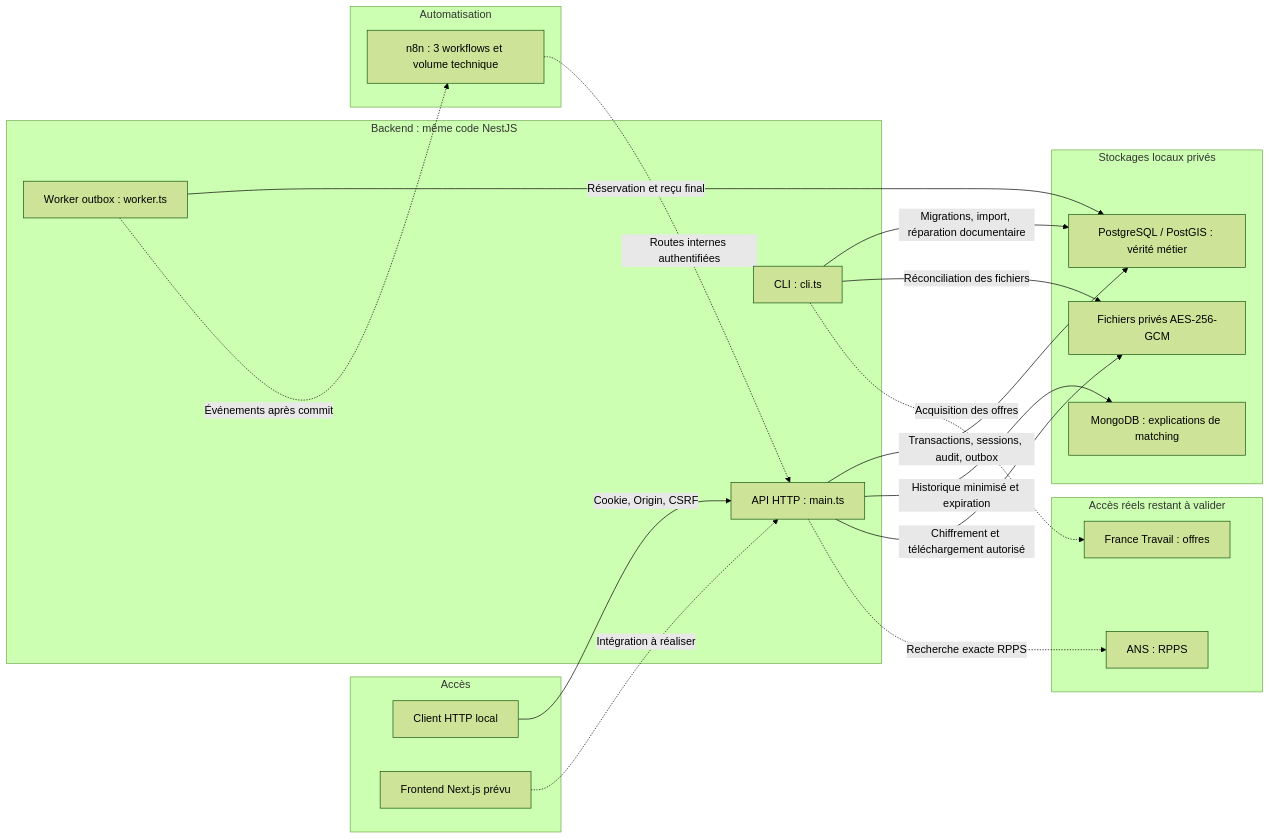
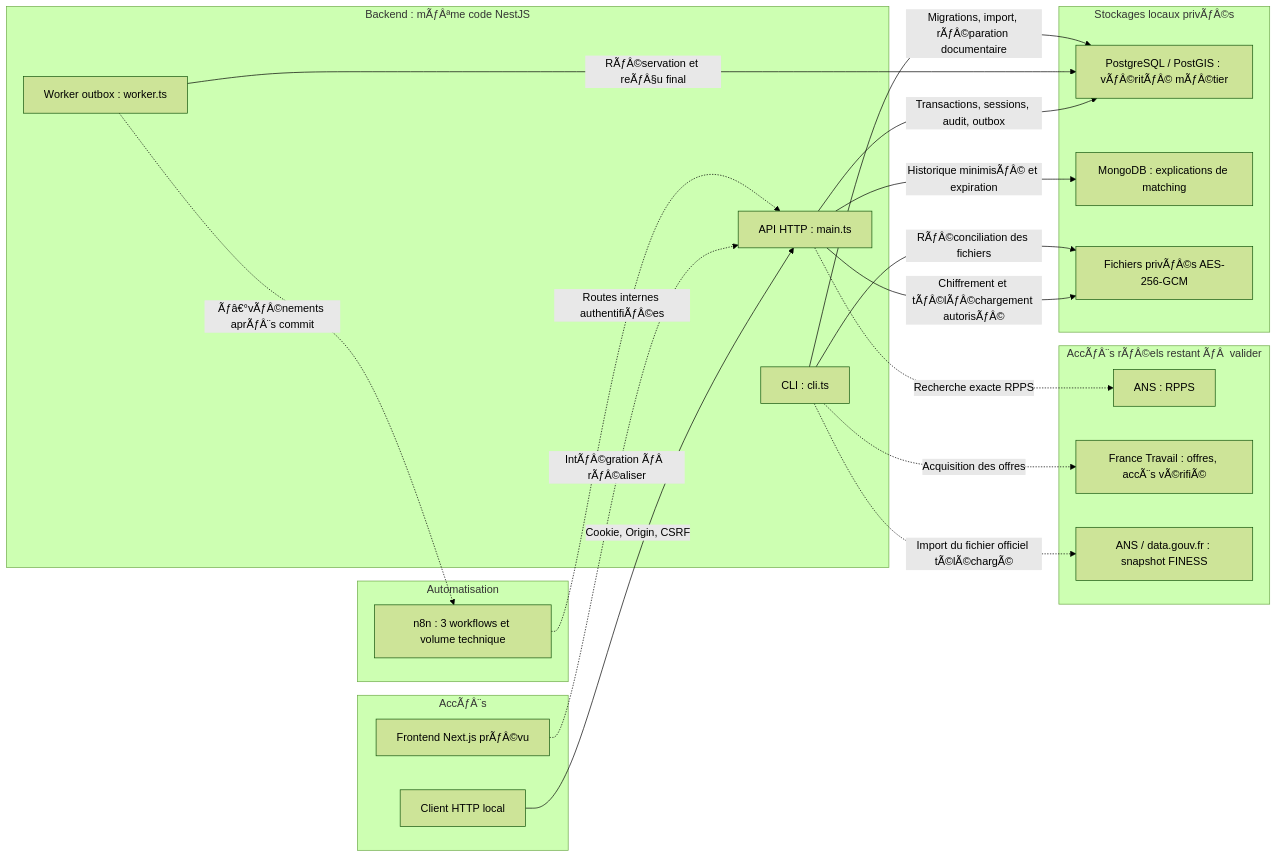
One commit to lebretyves/Backend_Interimatch changed the diagram in docs/SCHEMA_ARCHITECTURE_V1.md. Above: the diagram before and after it, drawn with Mermaid (forest theme). The commit also changed other lines of this file and 30 other files, not shown here.

Commit message:
feat: import official FINESS reference and verify live France Travail access

````diff
--- a/docs/SCHEMA_ARCHITECTURE_V1.md
+++ b/docs/SCHEMA_ARCHITECTURE_V1.md
@@ -5,36 +5,38 @@
 ```mermaid
 flowchart LR
-    subgraph client["Accès"]
+    subgraph client["AccÃƒÂ¨s"]
         caller["Client HTTP local"]
-        front["Frontend Next.js prévu"]
+        front["Frontend Next.js prÃƒÂ©vu"]
     end
-    subgraph service["Backend : même code NestJS"]
+    subgraph service["Backend : mÃƒÂªme code NestJS"]
         api["API HTTP : main.ts"]
         worker["Worker outbox : worker.ts"]
         cli["CLI : cli.ts"]
     end
-    subgraph datastore["Stockages locaux privés"]
-        sql["PostgreSQL / PostGIS : vérité métier"]
+    subgraph datastore["Stockages locaux privÃƒÂ©s"]
+        sql["PostgreSQL / PostGIS : vÃƒÂ©ritÃƒÂ© mÃƒÂ©tier"]
         mongo["MongoDB : explications de matching"]
-        files["Fichiers privés AES-256-GCM"]
+        files["Fichiers privÃƒÂ©s AES-256-GCM"]
     end
     subgraph async["Automatisation"]
         n8n["n8n : 3 workflows et volume technique"]
     end
-    subgraph external["Accès réels restant à valider"]
+    subgraph external["AccÃƒÂ¨s rÃƒÂ©els restant ÃƒÂ  valider"]
         ans["ANS : RPPS"]
-        ft["France Travail : offres"]
+        ft["France Travail : offres, accÃ¨s vÃ©rifiÃ©"]
+        finess["ANS / data.gouv.fr : snapshot FINESS"]
     end
     caller -->|"Cookie, Origin, CSRF"| api
-    front -.->|"Intégration à réaliser"| api
+    front -.->|"IntÃƒÂ©gration ÃƒÂ  rÃƒÂ©aliser"| api
     api -->|"Transactions, sessions, audit, outbox"| sql
-    api -->|"Historique minimisé et expiration"| mongo
-    api -->|"Chiffrement et téléchargement autorisé"| files
-    worker -->|"Réservation et reçu final"| sql
-    cli -->|"Migrations, import, réparation documentaire"| sql
-    cli -->|"Réconciliation des fichiers"| files
-    worker -.->|"Événements après commit"| n8n
-    n8n -.->|"Routes internes authentifiées"| api
+    api -->|"Historique minimisÃƒÂ© et expiration"| mongo
+    api -->|"Chiffrement et tÃƒÂ©lÃƒÂ©chargement autorisÃƒÂ©"| files
+    worker -->|"RÃƒÂ©servation et reÃƒÂ§u final"| sql
+    cli -->|"Migrations, import, rÃƒÂ©paration documentaire"| sql
+    cli -->|"RÃƒÂ©conciliation des fichiers"| files
+    worker -.->|"Ãƒâ€°vÃƒÂ©nements aprÃƒÂ¨s commit"| n8n
+    n8n -.->|"Routes internes authentifiÃƒÂ©es"| api
     api -.->|"Recherche exacte RPPS"| ans
     cli -.->|"Acquisition des offres"| ft
+    cli -.->|"Import du fichier officiel tÃ©lÃ©chargÃ©"| finess
 ```
````
